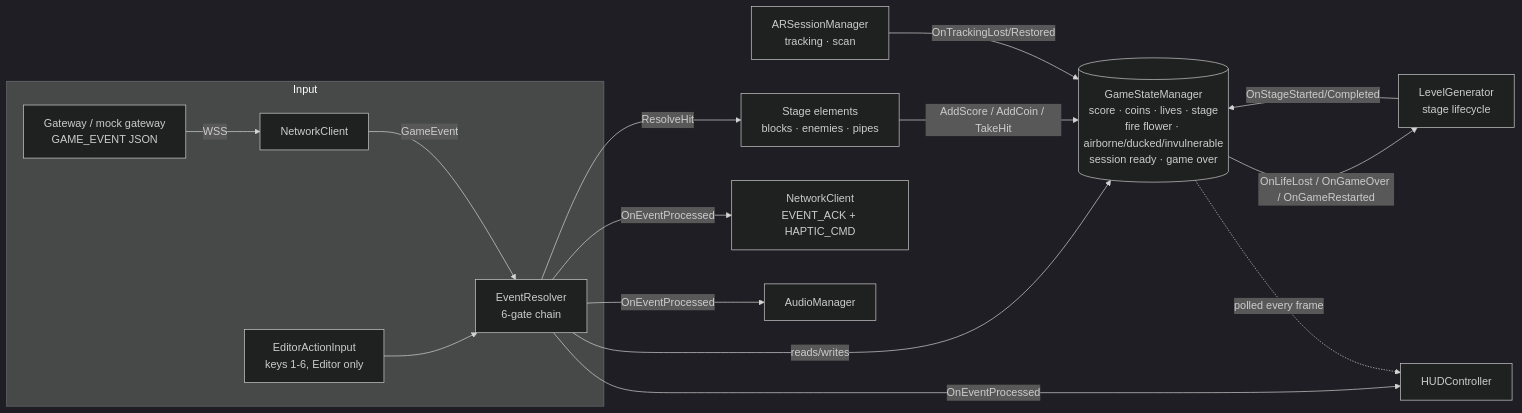
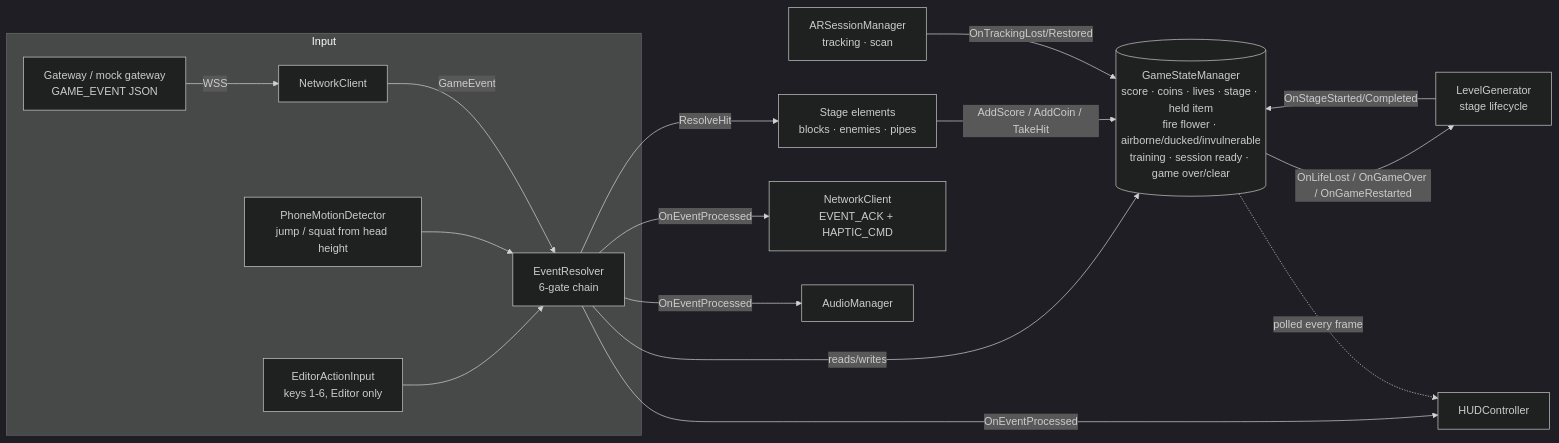
Before and after one commit to OliverQiL/MARIO: the first of 5 diagrams in Docs/DEMO_GUIDE.md, drawn with Mermaid (dark theme). The commit also changed other lines of this file and 4 other files, not shown here.

````diff
--- a/Docs/DEMO_GUIDE.md
+++ b/Docs/DEMO_GUIDE.md
@@ -94,18 +103,19 @@
 ```mermaid
 flowchart LR
   subgraph Input
     GW[Gateway / mock gateway<br/>GAME_EVENT JSON] -->|WSS| NC[NetworkClient]
     KB[EditorActionInput<br/>keys 1-6, Editor only] --> ER
+    PM[PhoneMotionDetector<br/>jump / squat from head height] --> ER
   end
   NC -->|GameEvent| ER[EventResolver<br/>6-gate chain]
-  ER -->|reads/writes| GS[(GameStateManager<br/>score · coins · lives · stage<br/>fire flower · airborne/ducked/invulnerable<br/>session ready · game over)]
+  ER -->|reads/writes| GS[(GameStateManager<br/>score · coins · lives · stage · held item<br/>fire flower · airborne/ducked/invulnerable<br/>training · session ready · game over/clear)]
   ER -->|ResolveHit| EL[Stage elements<br/>blocks · enemies · pipes]
   EL -->|AddScore / AddCoin / TakeHit| GS
   ARS[ARSessionManager<br/>tracking · scan] -->|OnTrackingLost/Restored| GS
   LG[LevelGenerator<br/>stage lifecycle] -->|OnStageStarted/Completed| GS
   GS -->|OnLifeLost / OnGameOver / OnGameRestarted| LG
   ER -->|OnEventProcessed| HUD[HUDController]
   ER -->|OnEventProcessed| NC2[NetworkClient<br/>EVENT_ACK + HAPTIC_CMD]
   ER -->|OnEventProcessed| AU[AudioManager]
   GS -. polled every frame .-> HUD
 ```
````
